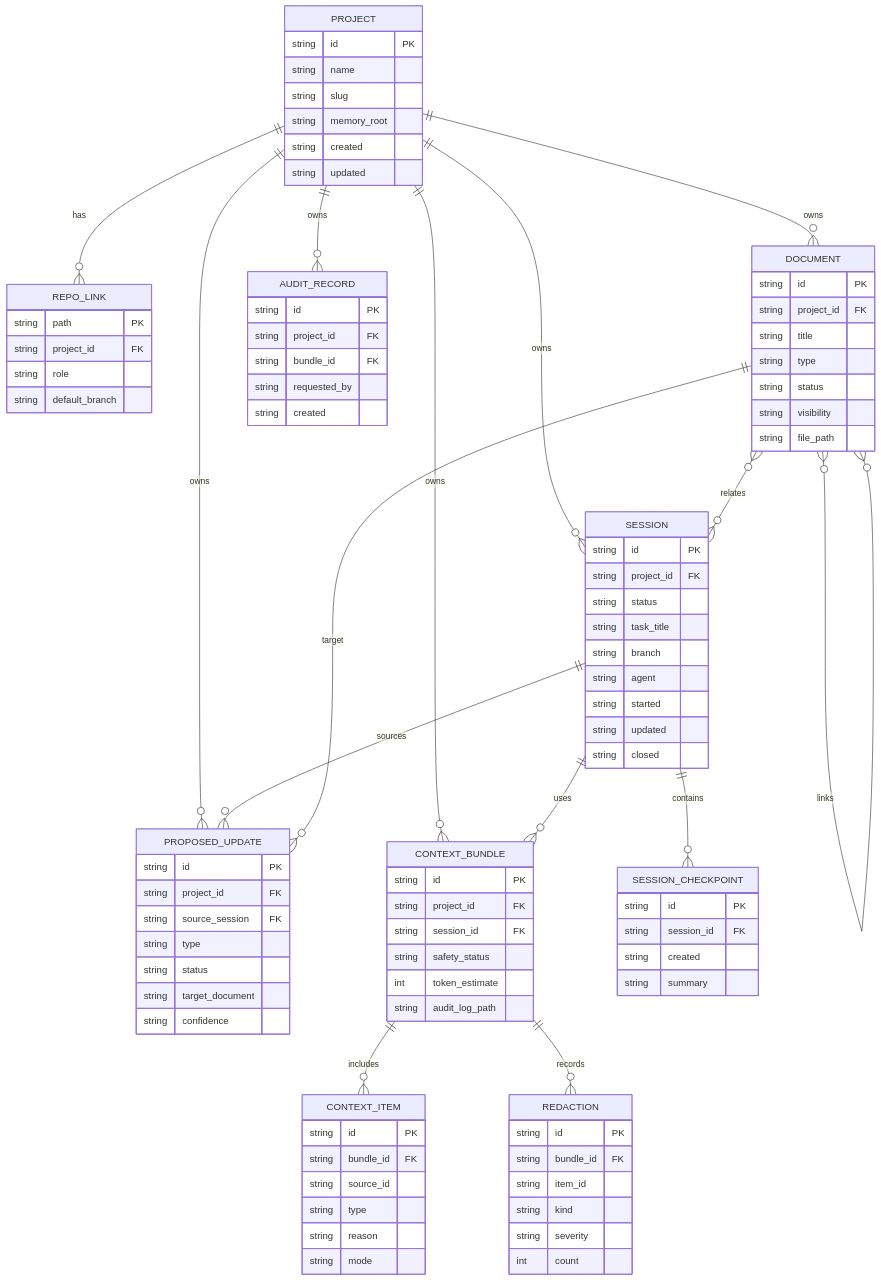
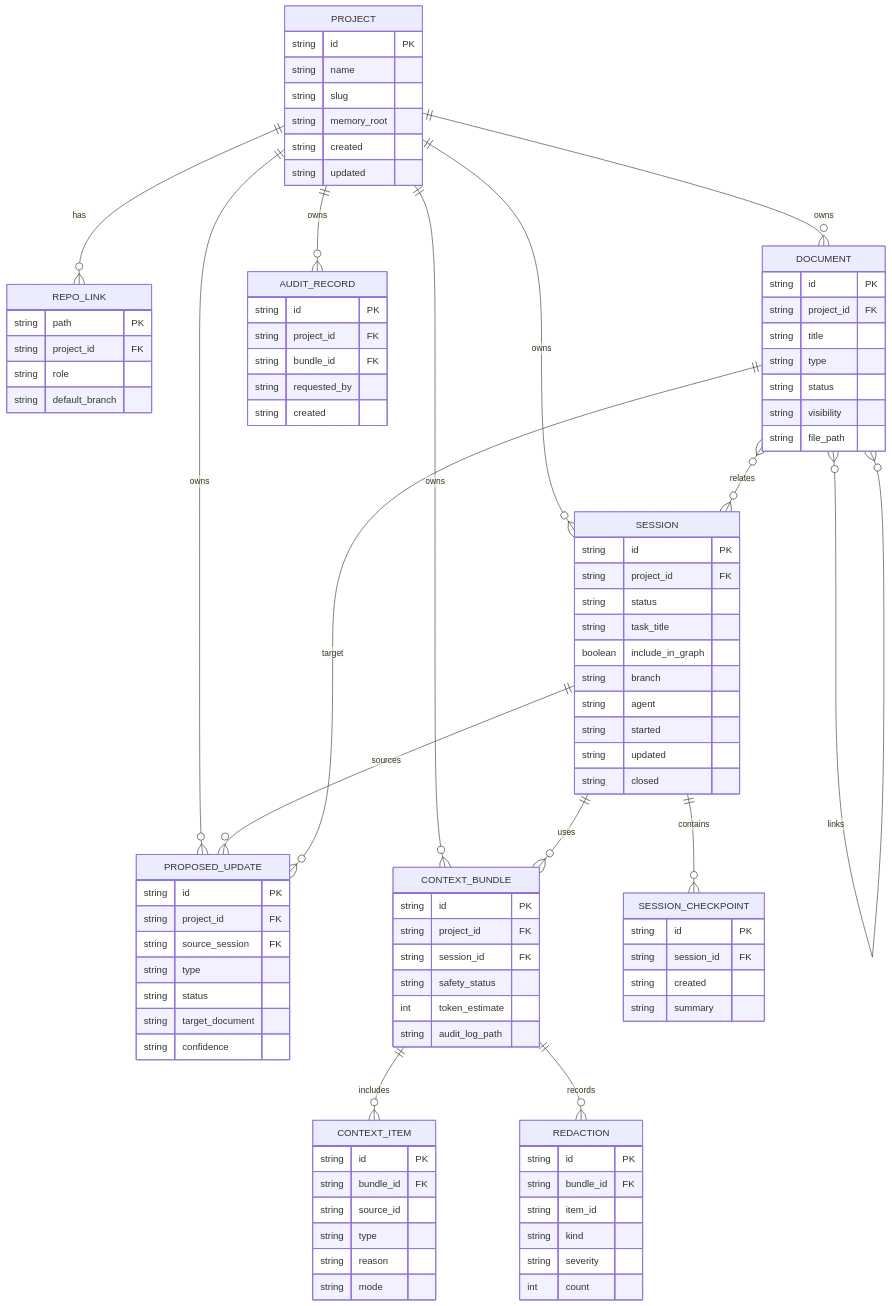
The fifth of 21 diagrams in docs/DIAGRAMS.md (zharwing/memory), drawn with Mermaid before and after one commit. The commit also changed other lines of this file and 28 other files, not shown here.

Commit message:
feat: updated docs and enhanced graph sessions relationship - sessions could be excluded or included to the graph

```diff
--- a/docs/DIAGRAMS.md
+++ b/docs/DIAGRAMS.md
@@ -218,6 +219,7 @@
     string project_id FK
     string status
     string task_title
+    boolean include_in_graph
     string branch
     string agent
     string started
```
